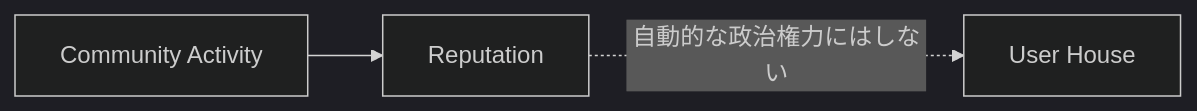
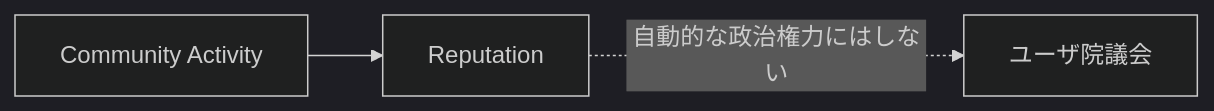
Diagram 24 of 35 in docs/whitepaper/08-discovery-community.md (ShigeichiroYamasaki/creator-first-platform), drawn with Mermaid (dark theme) before and after one commit. The commit also changed other lines of this file and 67 other files, not shown here.

````diff
--- a/docs/whitepaper/08-discovery-community.md
+++ b/docs/whitepaper/08-discovery-community.md
@@ -819,9 +819,9 @@
 ```mermaid
 flowchart LR
     COMMUNITY[Community Activity]
     REP[Reputation]
-    GOV[User House]
+    GOV[ユーザ院議会]
 
     COMMUNITY --> REP
     REP -.->|自動的な政治権力にはしない| GOV
 ```
````
